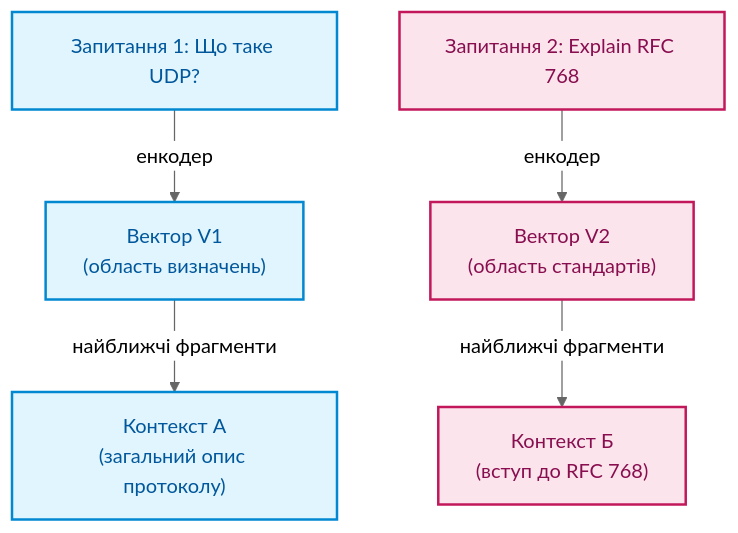
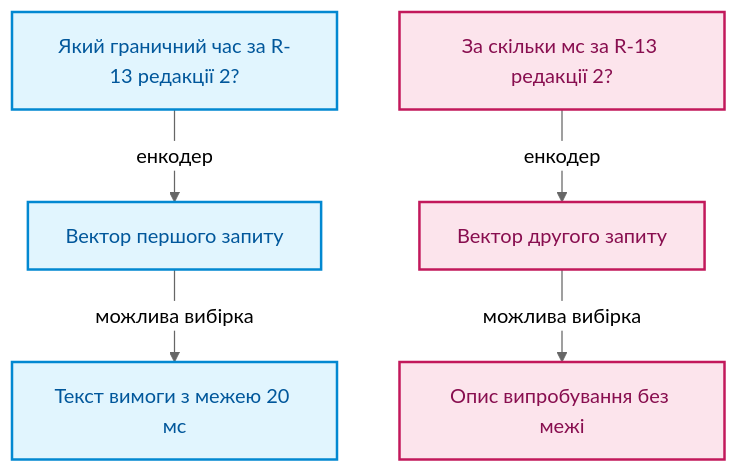
One commit to nick-fedchik/articles changed the fourth of 8 diagrams in ExpertSystem/ch13-language-variability-vs-determinism.md. Above: the diagram before and after it, drawn with Mermaid (neutral theme). The commit also changed other lines of this file and 7 other files, not shown here.

````diff
--- a/ExpertSystem/ch13-language-variability-vs-determinism.md
+++ b/ExpertSystem/ch13-language-variability-vs-determinism.md
@@ -225,16 +290,16 @@
 ```mermaid
 flowchart TD
-    accTitle: Ефект дрейфу косинусної відстані при зміні синтаксису
-    accDescr: Два семантично еквівалентні запитання потрапляють у різні області векторного простору і повертають різні фрагменти.
+    accTitle: Навчальна гіпотеза варіативності пошуку R-13
+    accDescr: Два схвалені перефразування можуть повернути різні фрагменти; схема не зображує виміряних векторів.
 
-    Q1["Запитання 1: Що таке UDP?"] -->|енкодер| V1["Вектор V1<br/>(область визначень)"]
-    Q2["Запитання 2: Explain RFC 768"] -->|енкодер| V2["Вектор V2<br/>(область стандартів)"]
-    V1 -->|найближчі фрагменти| R1["Контекст А<br/>(загальний опис протоколу)"]
-    V2 -->|найближчі фрагменти| R2["Контекст Б<br/>(вступ до RFC 768)"]
+    Q1["Який граничний час за R-13 редакції 2?"] -->|"енкодер"| V1["Вектор першого запиту"]
+    Q2["За скільки мс за R-13 редакції 2?"] -->|"енкодер"| V2["Вектор другого запиту"]
+    V1 -->|"можлива вибірка"| R1["Текст вимоги з межею 20 мс"]
+    V2 -->|"можлива вибірка"| R2["Опис випробування без межі"]
 
     classDef v1 fill:#e1f5fe,stroke:#0288d1,stroke-width:2px,color:#01579b;
     classDef v2 fill:#fce4ec,stroke:#c2185b,stroke-width:2px,color:#880e4f;
 
     class Q1,V1,R1 v1;
     class Q2,V2,R2 v2;
 ```
````
